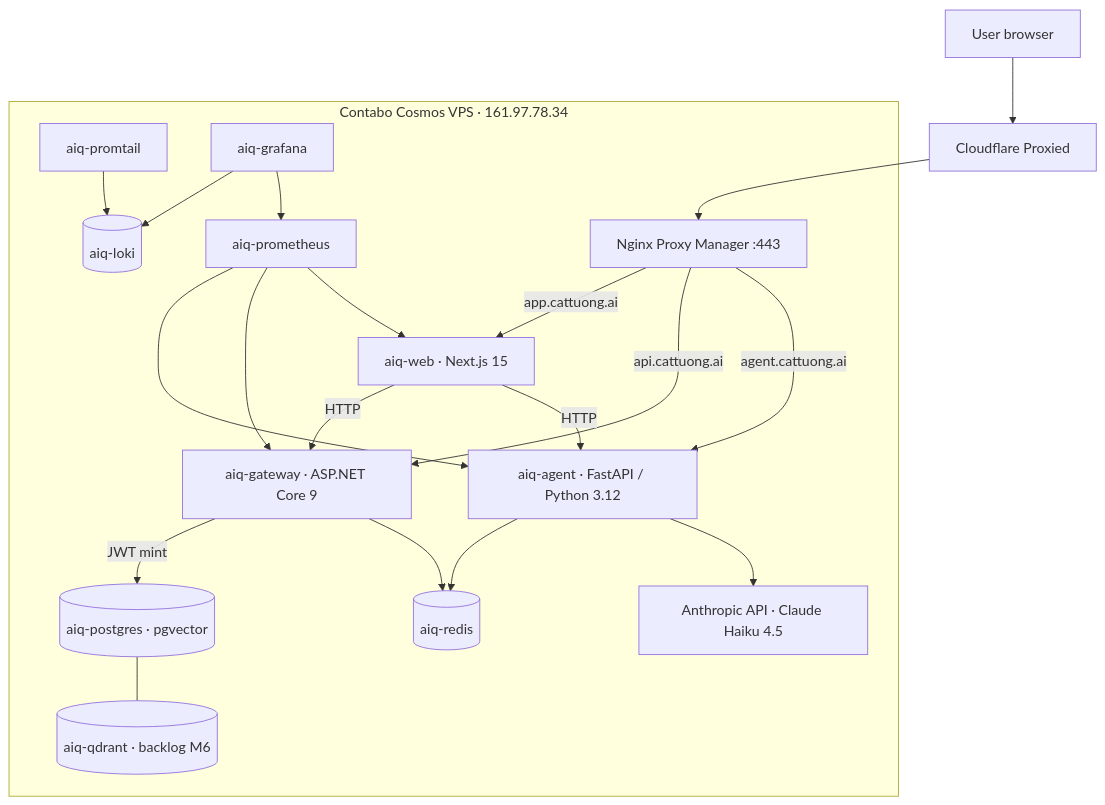
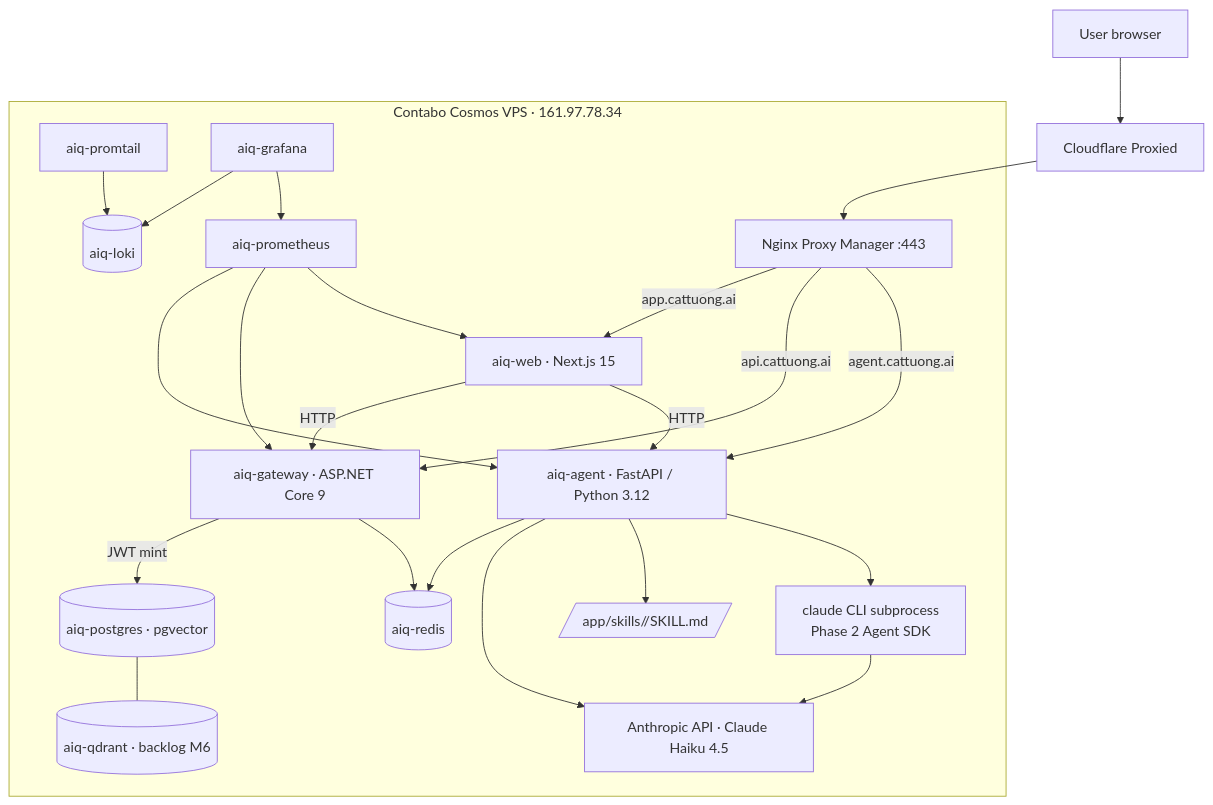
Before and after one commit to triennguyen81/agent-ai-platform: the first of 7 diagrams in docs/architecture_structure.md, drawn with Mermaid. The commit also changed other lines of this file and 5 other files, not shown here.

First line of the commit message:
docs: Phase 4 — skills authoring guide + refresh all status docs

````diff
--- a/docs/architecture_structure.md
+++ b/docs/architecture_structure.md
@@ -10,31 +10,34 @@
 ```mermaid
 flowchart TD
     user[User browser]
     cf[Cloudflare Proxied]
     npm[Nginx Proxy Manager :443]
 
     user --> cf --> npm
 
     subgraph cosmos[Contabo Cosmos VPS · 161.97.78.34]
         npm -->|app.cattuong.ai| web[aiq-web · Next.js 15]
         npm -->|api.cattuong.ai| gateway[aiq-gateway · ASP.NET Core 9]
         npm -->|agent.cattuong.ai| agent[aiq-agent · FastAPI / Python 3.12]
 
         web -->|HTTP| gateway
         web -->|HTTP| agent
 
         gateway -->|JWT mint| pg[(aiq-postgres · pgvector)]
         gateway --> redis[(aiq-redis)]
         agent --> redis
         agent --> anthropic[Anthropic API · Claude Haiku 4.5]
+        agent --> skills[/app/skills/<name>/SKILL.md/]
+        agent --> claudecli[claude CLI subprocess<br/>Phase 2 Agent SDK]
+        claudecli --> anthropic
 
         pg --- qdrant[(aiq-qdrant · backlog M6)]
 
         prom[aiq-prometheus] --> agent
         prom --> gateway
         prom --> web
         promtail[aiq-promtail] --> loki[(aiq-loki)]
         grafana[aiq-grafana] --> loki
         grafana --> prom
     end
 ```
````
